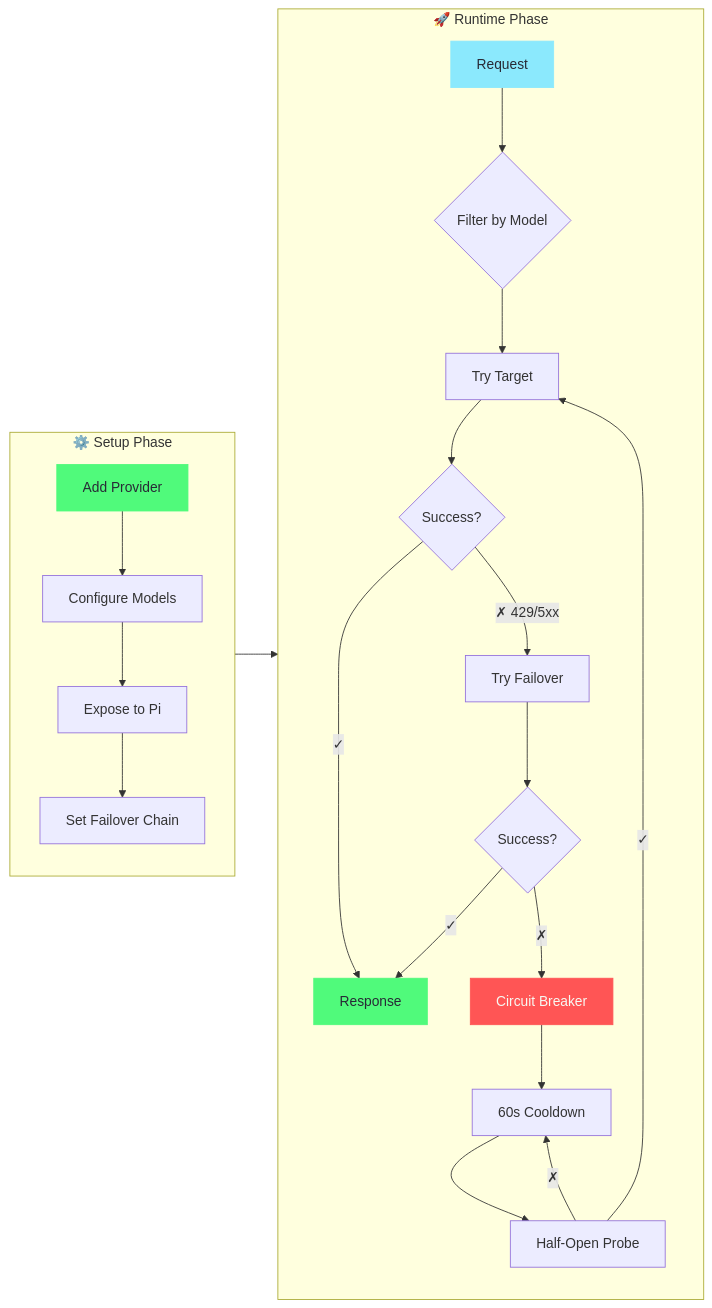
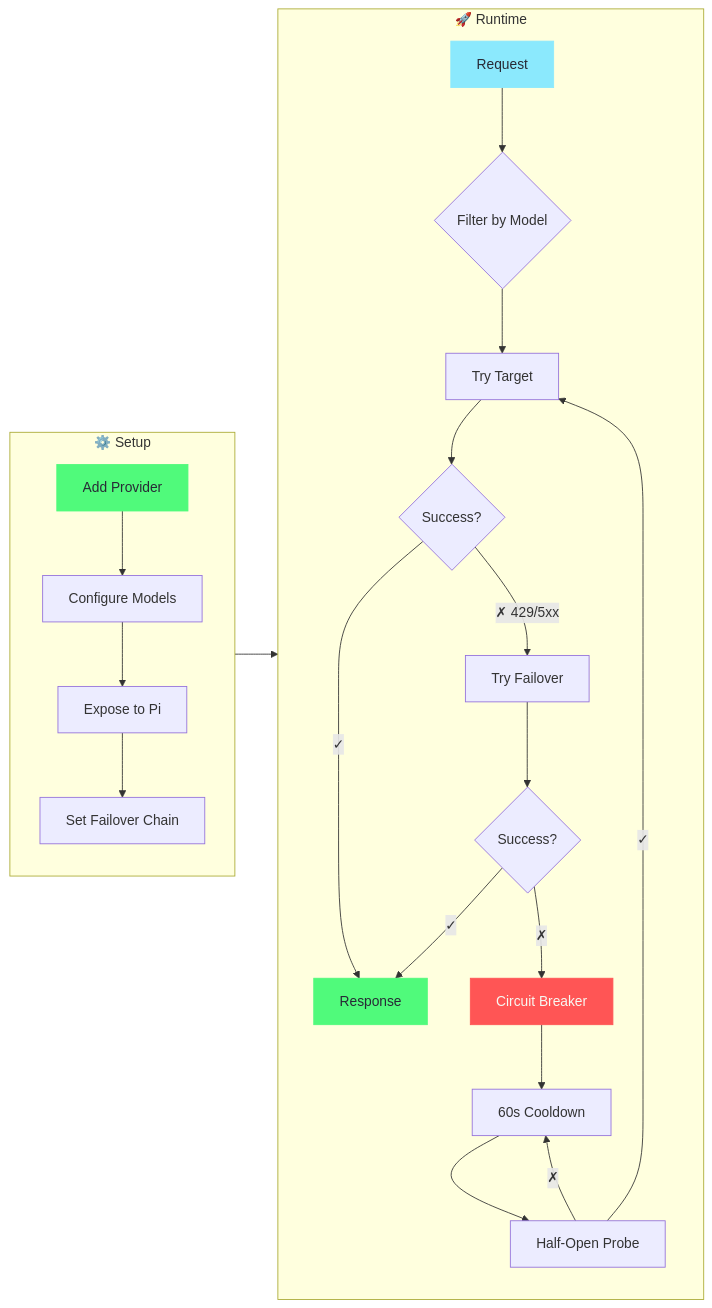
One commit to CallmeLins/pi-switch changed the diagram in README.md. Above: the diagram before and after it, drawn with Mermaid. The commit also changed other lines of this file and 4 other files, not shown here.

````diff
--- a/README.md
+++ b/README.md
@@ -72,30 +104,30 @@
 ```mermaid
 graph LR
-    subgraph Setup["⚙️ Setup Phase"]
+    subgraph Setup["⚙️ Setup"]
         A[Add Provider] --> B[Configure Models]
         B --> C[Expose to Pi]
         C --> D[Set Failover Chain]
     end
     
-    subgraph Runtime["🚀 Runtime Phase"]
+    subgraph Runtime["🚀 Runtime"]
         E[Request] --> F{Filter by Model}
         F --> G[Try Target]
         G --> H{Success?}
         H -->|✓| I[Response]
         H -->|✗ 429/5xx| J[Try Failover]
         J --> K{Success?}
         K -->|✓| I
         K -->|✗| L[Circuit Breaker]
         L --> M[60s Cooldown]
         M --> N[Half-Open Probe]
         N -->|✓| G
         N -->|✗| M
     end
     
     Setup --> Runtime
-    
+
     style A fill:#50fa7b,stroke:#50fa7b,color:#282a36
     style E fill:#8be9fd,stroke:#8be9fd,color:#282a36
     style I fill:#50fa7b,stroke:#50fa7b,color:#282a36
     style L fill:#ff5555,stroke:#ff5555,color:#f8f8f2
 ```
````
